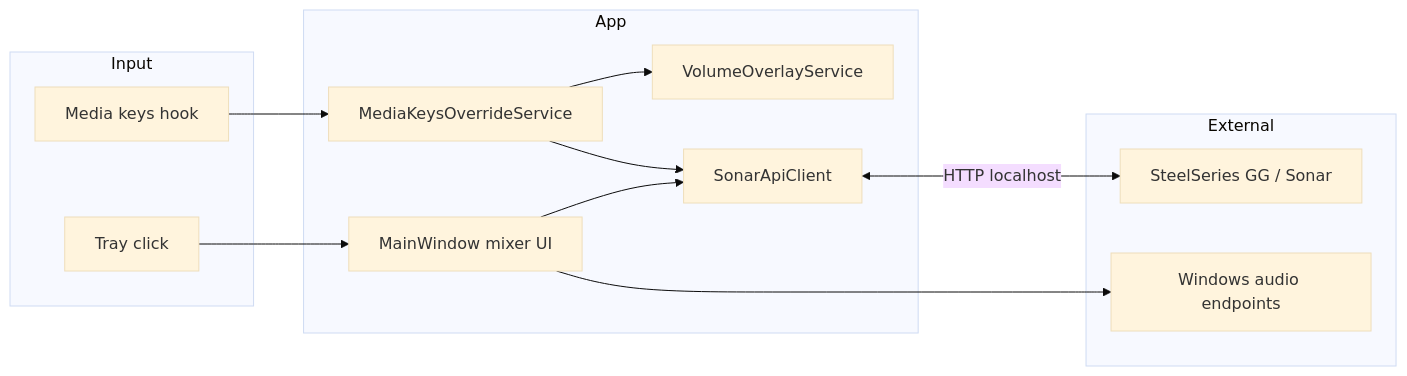
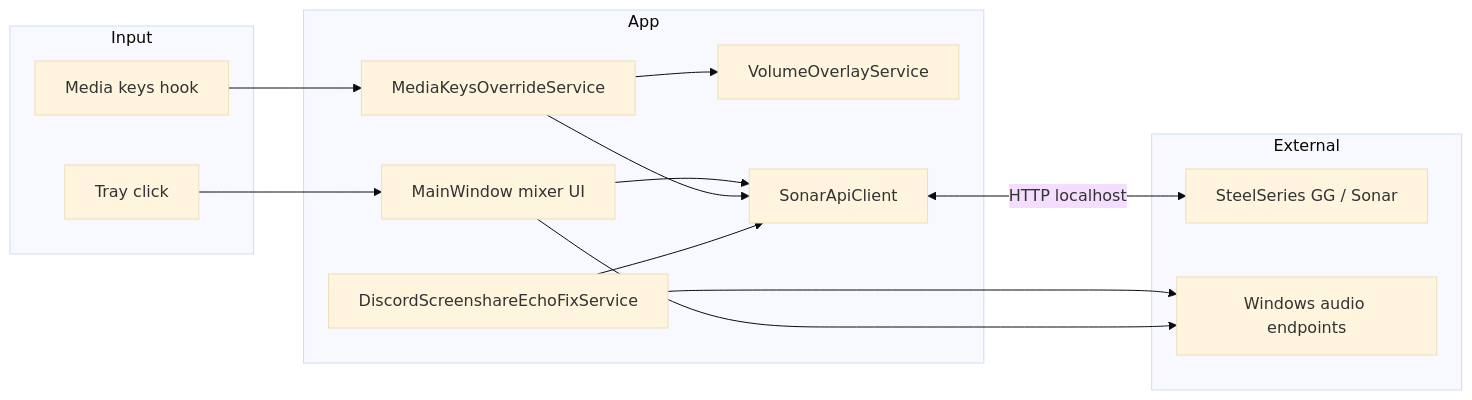
The diagram in README.md (Lixetron/steelseries-sonar-tray), drawn with Mermaid (base theme) before and after one commit. The commit also changed other lines of this file and 9 other files, not shown here.

Commit message:
feat: realize Discord Screenshare Echo Fix

````diff
--- a/README.md
+++ b/README.md
@@ -263,27 +300,30 @@
 ```mermaid
 flowchart LR
   subgraph Input
     Tray[Tray click]
     Keys[Media keys hook]
   end
 
   subgraph App
     MW[MainWindow mixer UI]
     MKO[MediaKeysOverrideService]
     VO[VolumeOverlayService]
+    DEF[DiscordScreenshareEchoFixService]
     API[SonarApiClient]
   end
 
   subgraph External
     GG[SteelSeries GG / Sonar]
     WASAPI[Windows audio endpoints]
   end
 
   Tray --> MW
   MW --> API
   Keys --> MKO
   MKO --> API
   MKO --> VO
+  DEF --> API
+  DEF --> WASAPI
   API <-->|HTTP localhost| GG
   MW --> WASAPI
 ```
````
